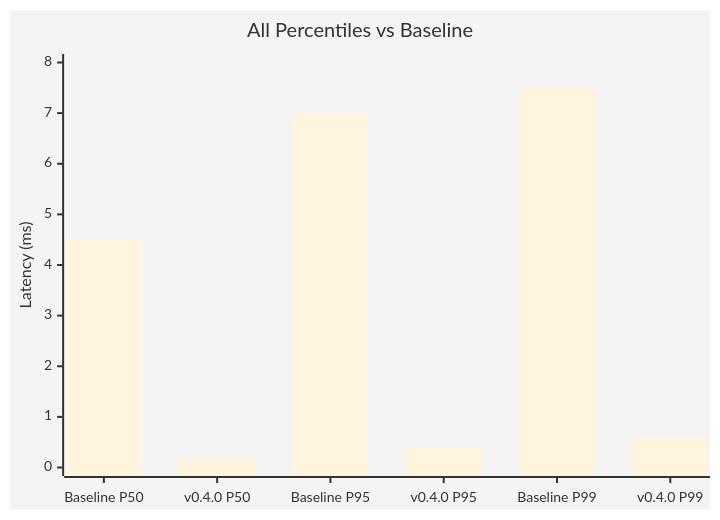
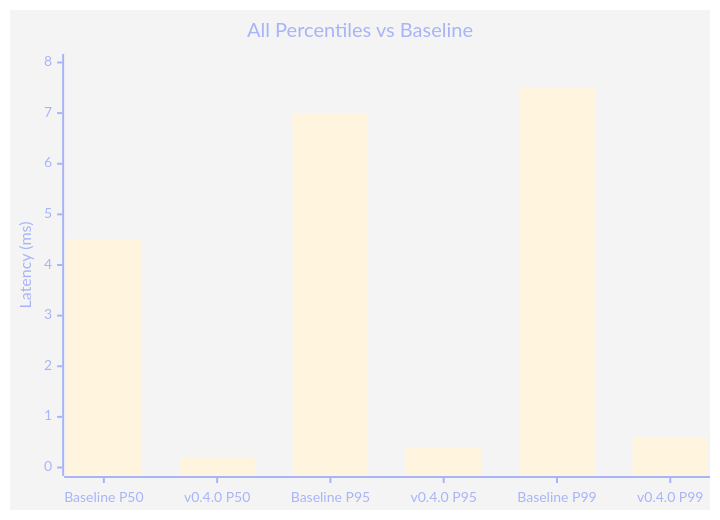
The fifth of 8 diagrams in benchmarks/charts.md (Oculusnoob/vesper-memory), drawn with Mermaid before and after one commit. The commit also changed other lines of this file, not shown here.

First line of the commit message:
Fix Mermaid chart syntax errors and apply Vesper brand colors

````diff
--- a/benchmarks/charts.md
+++ b/benchmarks/charts.md
@@ -72,8 +72,8 @@
 ```mermaid
-%%{init: {'theme':'base', 'themeVariables': { 'primaryColor':'#4CAF50'}}}%%
+%%{init: {'theme':'base', 'themeVariables': { 'primaryColor':'#8183dd', 'primaryTextColor':'#a8b4f7', 'primaryBorderColor':'#6365e7'}}}%%
 xychart-beta
     title "All Percentiles vs Baseline"
     x-axis ["Baseline P50", "v0.4.0 P50", "Baseline P95", "v0.4.0 P95", "Baseline P99", "v0.4.0 P99"]
     y-axis "Latency (ms)" 0 --> 8
-    bar [4.5, 0.2, 7.0, 0.4, 7.5, 0.6]
+    bar "Latency" [4.5, 0.2, 7.0, 0.4, 7.5, 0.6]
 ```
````
